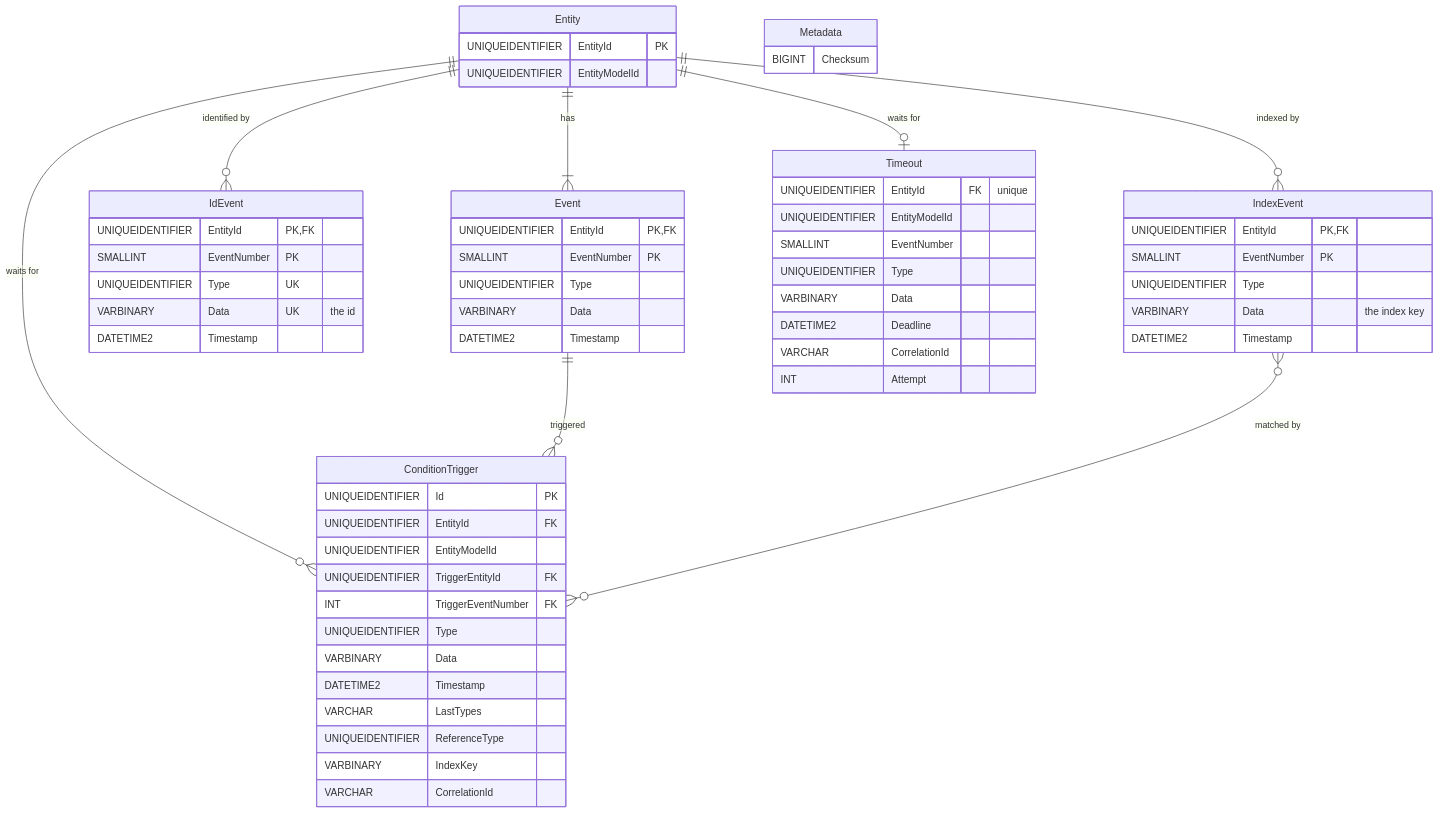
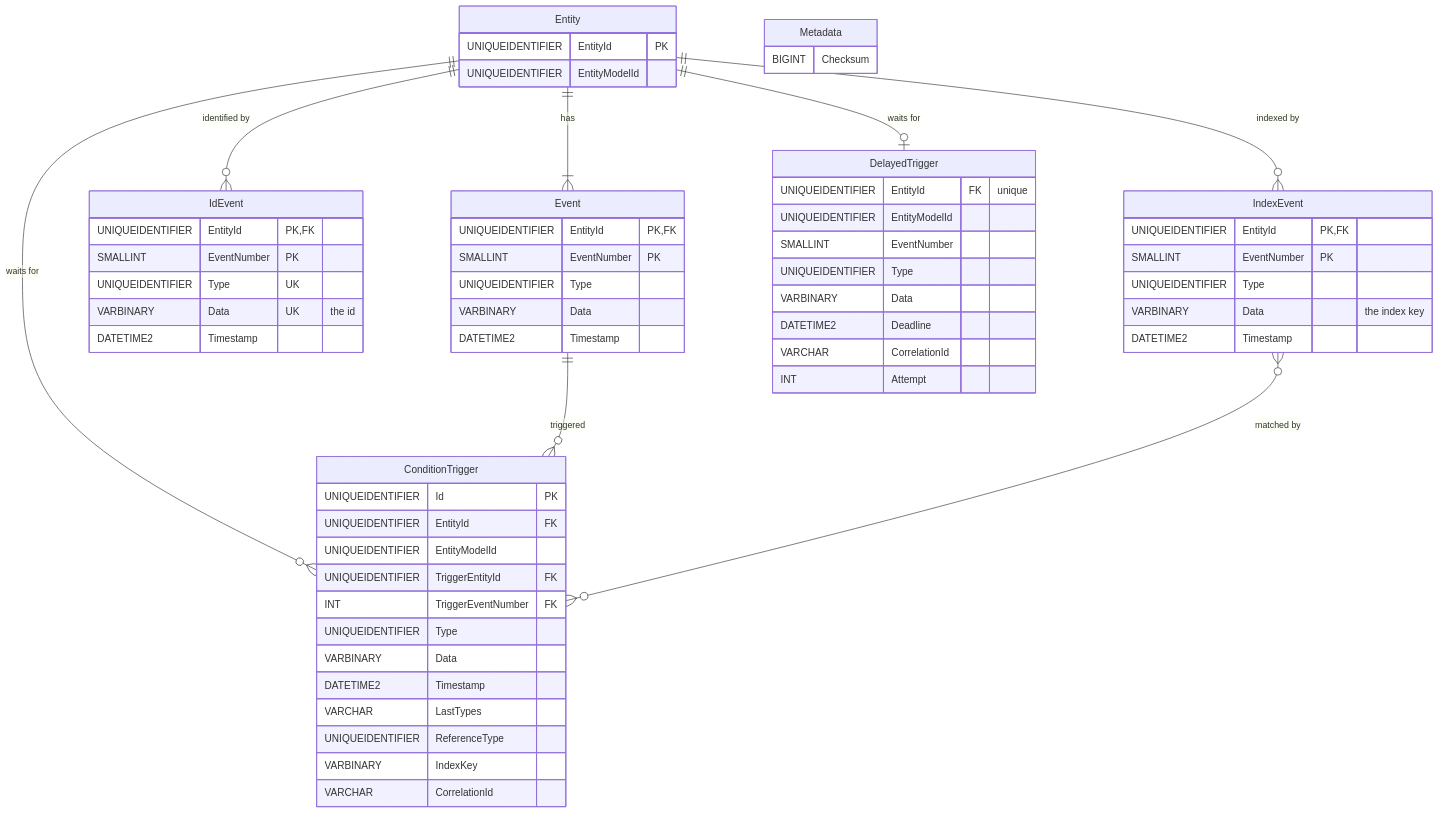
The diagram in docs/data-model.md (the-backend-project/tits), drawn with Mermaid before and after one commit. The commit also changed other lines of this file and 11 other files, not shown here.

Commit message:
Rename Timeout to DelayedTrigger (#139)

````diff
--- a/docs/data-model.md
+++ b/docs/data-model.md
@@ -7,63 +7,63 @@
 ```mermaid
 erDiagram
     Entity ||--|{ Event : "has"
     Entity ||--o{ IdEvent : "identified by"
     Entity ||--o{ IndexEvent : "indexed by"
-    Entity ||--o| Timeout : "waits for"
+    Entity ||--o| DelayedTrigger : "waits for"
     Entity ||--o{ ConditionTrigger : "waits for"
     Event ||--o{ ConditionTrigger : "triggered"
     IndexEvent }o--o{ ConditionTrigger : "matched by"
 
     Metadata {
         BIGINT Checksum
     }
     Entity {
         UNIQUEIDENTIFIER EntityId PK
         UNIQUEIDENTIFIER EntityModelId
     }
     Event {
         UNIQUEIDENTIFIER EntityId PK, FK
         SMALLINT EventNumber PK
         UNIQUEIDENTIFIER Type
         VARBINARY Data
         DATETIME2 Timestamp
     }
     IdEvent {
         UNIQUEIDENTIFIER EntityId PK, FK
         SMALLINT EventNumber PK
         UNIQUEIDENTIFIER Type UK
         VARBINARY Data UK "the id"
         DATETIME2 Timestamp
     }
     IndexEvent {
         UNIQUEIDENTIFIER EntityId PK, FK
         SMALLINT EventNumber PK
         UNIQUEIDENTIFIER Type
         VARBINARY Data "the index key"
         DATETIME2 Timestamp
     }
-    Timeout {
+    DelayedTrigger {
         UNIQUEIDENTIFIER EntityId FK "unique"
         UNIQUEIDENTIFIER EntityModelId
         SMALLINT EventNumber
         UNIQUEIDENTIFIER Type
         VARBINARY Data
         DATETIME2 Deadline
         VARCHAR CorrelationId
         INT Attempt
     }
     ConditionTrigger {
         UNIQUEIDENTIFIER Id PK
         UNIQUEIDENTIFIER EntityId FK
         UNIQUEIDENTIFIER EntityModelId
         UNIQUEIDENTIFIER TriggerEntityId FK
         INT TriggerEventNumber FK
         UNIQUEIDENTIFIER Type
         VARBINARY Data
         DATETIME2 Timestamp
         VARCHAR LastTypes
         UNIQUEIDENTIFIER ReferenceType
         VARBINARY IndexKey
         VARCHAR CorrelationId
     }
 ```
````
